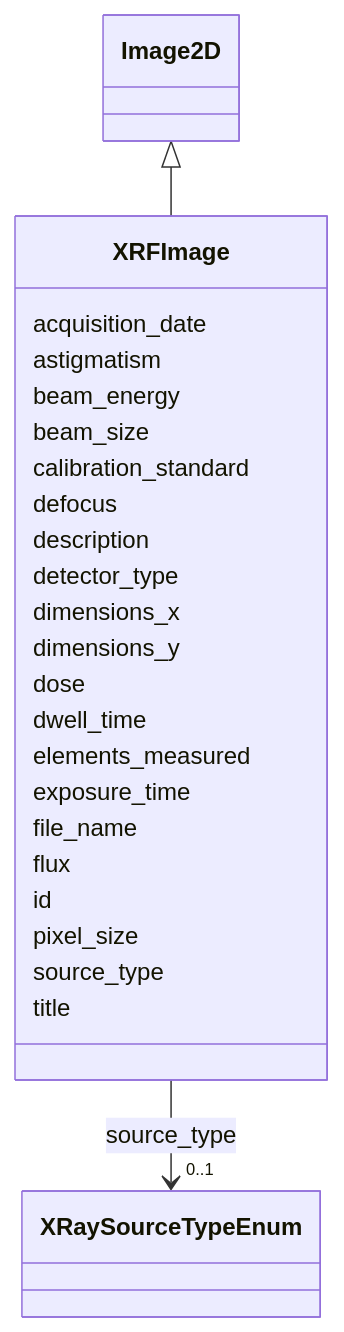
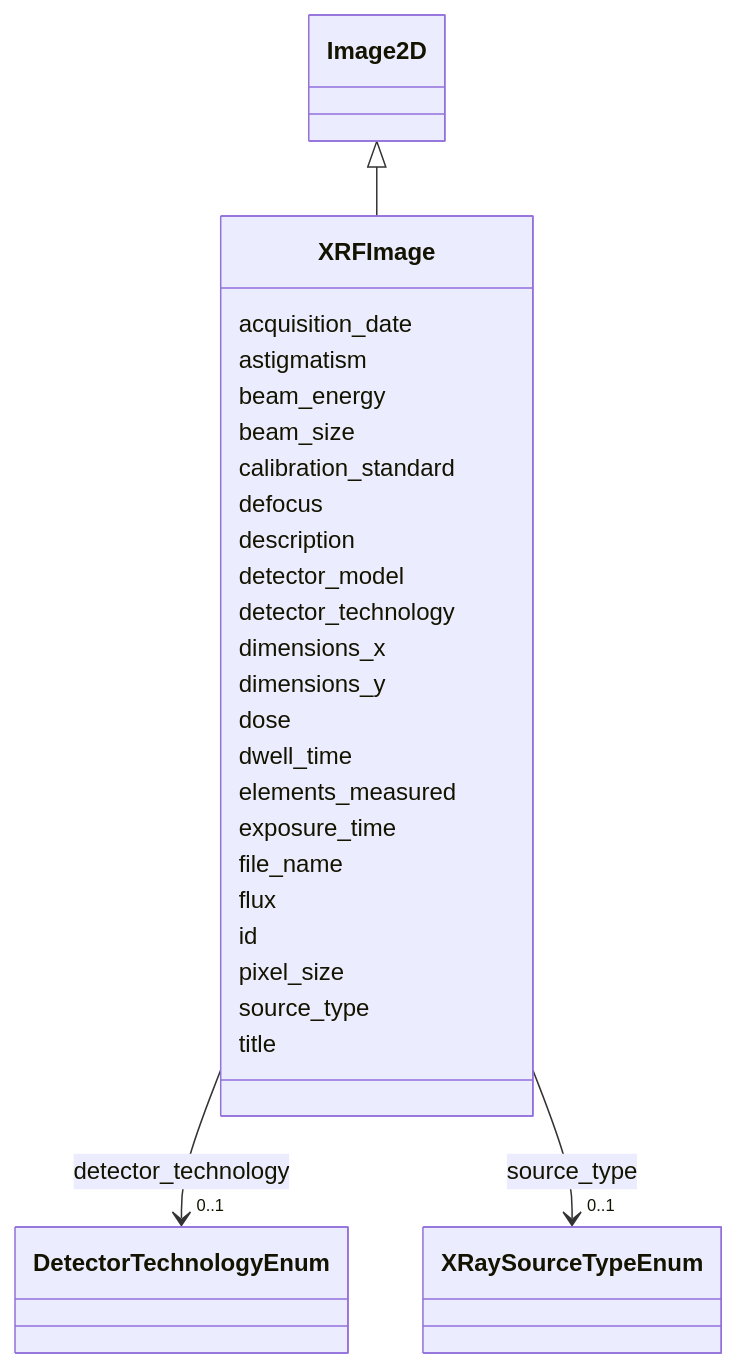
Before and after one commit to lambda-ber/lambda-ber-schema: the diagram in docs/XRFImage.md, drawn with Mermaid. The commit also changed other lines of this file and 278 other files, not shown here.

````diff
--- a/docs/XRFImage.md
+++ b/docs/XRFImage.md
@@ -18,58 +18,69 @@
 ```mermaid
  classDiagram
     class XRFImage
     click XRFImage href "../XRFImage/"
       Image2D <|-- XRFImage
         click Image2D href "../Image2D/"
       
       XRFImage : acquisition_date
         
       XRFImage : astigmatism
         
       XRFImage : beam_energy
         
       XRFImage : beam_size
         
       XRFImage : calibration_standard
         
       XRFImage : defocus
         
       XRFImage : description
         
-      XRFImage : detector_type
+      XRFImage : detector_model
+        
+      XRFImage : detector_technology
+        
+          
+    
+        
+        
+        XRFImage --> "0..1" DetectorTechnologyEnum : detector_technology
+        click DetectorTechnologyEnum href "../DetectorTechnologyEnum/"
+    
+
         
       XRFImage : dimensions_x
         
       XRFImage : dimensions_y
         
       XRFImage : dose
         
       XRFImage : dwell_time
         
       XRFImage : elements_measured
         
       XRFImage : exposure_time
         
       XRFImage : file_name
         
       XRFImage : flux
         
       XRFImage : id
         
       XRFImage : pixel_size
         
       XRFImage : source_type
         
           
     
         
         
         XRFImage --> "0..1" XRaySourceTypeEnum : source_type
         click XRaySourceTypeEnum href "../XRaySourceTypeEnum/"
     
 
         
       XRFImage : title
         
       
 ```
````
